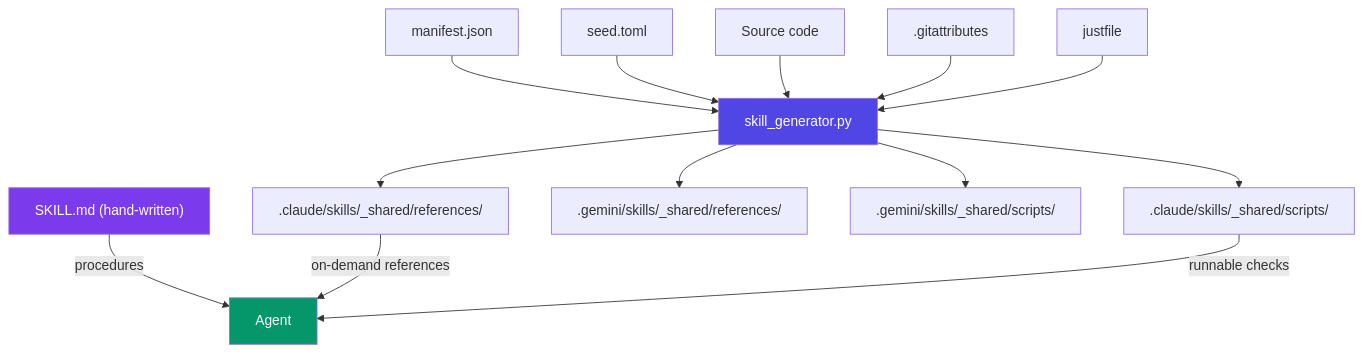
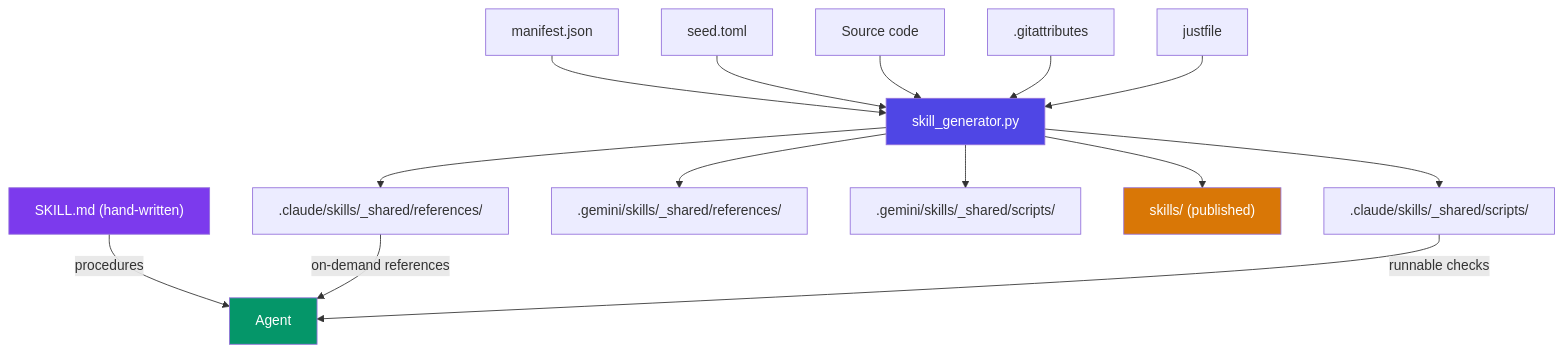
Before and after one commit to vamsiramakrishnan/adk-fluent: the diagram in docs/editor-setup/agent-skills.md, drawn with Mermaid. The commit also changed other lines of this file and 4 other files, not shown here.

````diff
--- a/docs/editor-setup/agent-skills.md
+++ b/docs/editor-setup/agent-skills.md
@@ -236,21 +338,23 @@
 ```{mermaid}
 graph TD
     M[manifest.json] --> SG[skill_generator.py]
     S[seed.toml] --> SG
     SC[Source code] --> SG
     GA[.gitattributes] --> SG
     JF[justfile] --> SG
 
     SG --> CR[".claude/skills/_shared/references/"]
     SG --> CS[".claude/skills/_shared/scripts/"]
     SG --> GR[".gemini/skills/_shared/references/"]
     SG --> GS[".gemini/skills/_shared/scripts/"]
+    SG --> PUB["skills/ (published)"]
 
     SK1["SKILL.md (hand-written)"] --> |procedures| Agent
     CR --> |on-demand references| Agent
     CS --> |runnable checks| Agent
 
     style SG fill:#4f46e5,color:#fff
     style SK1 fill:#7c3aed,color:#fff
     style Agent fill:#059669,color:#fff
+    style PUB fill:#d97706,color:#fff
 ```
````
